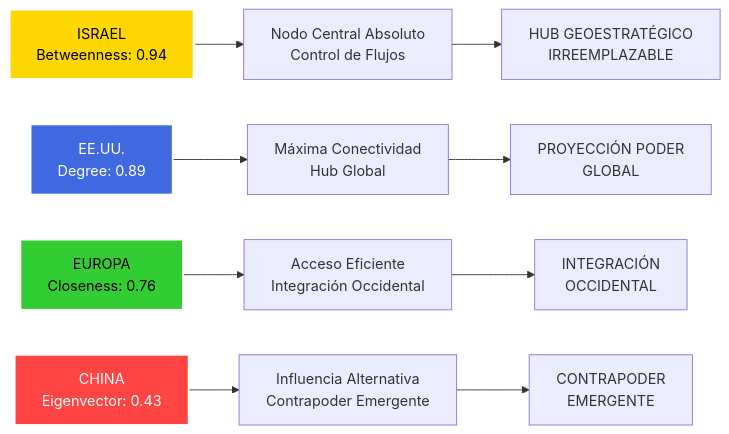
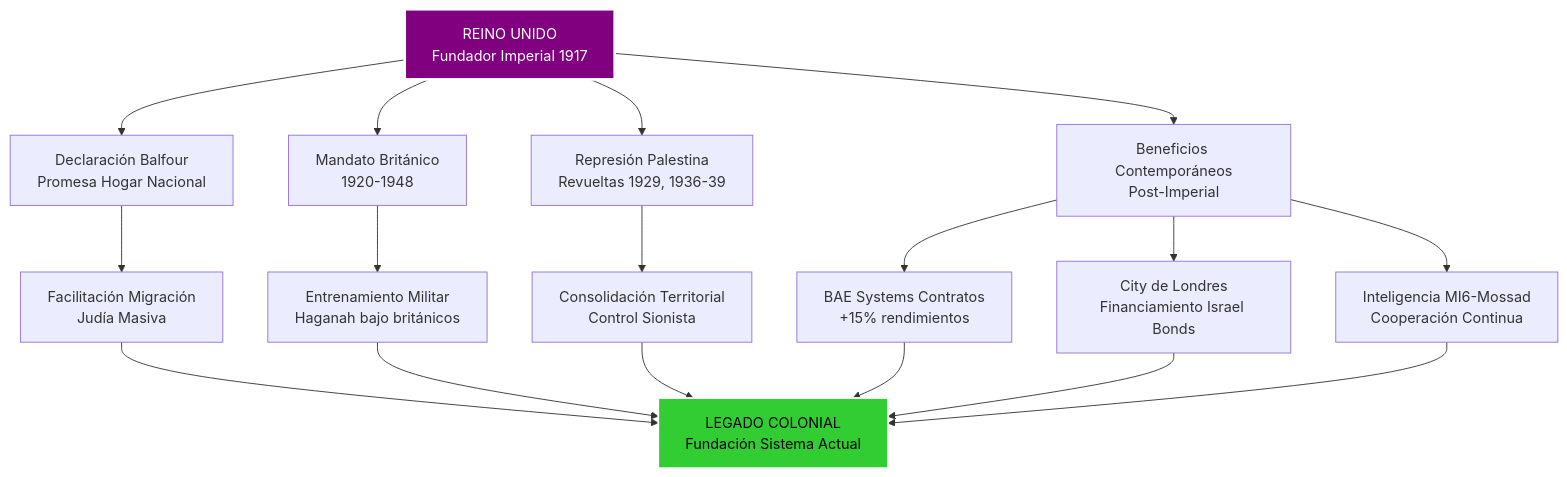
The tenth of 54 diagrams in intel/israel_geopolitical_analysis.md (perpetuocambio/annotations), drawn with Mermaid before and after one commit. The commit also changed other lines of this file, not shown here.

````diff
--- a/intel/israel_geopolitical_analysis.md
+++ b/intel/israel_geopolitical_analysis.md
@@ -486,17 +410,25 @@
 ```mermaid
-flowchart LR
-    A[ISRAEL<br/>Betweenness: 0.94] --> B[Nodo Central Absoluto<br/>Control de Flujos]
-    C[EE.UU.<br/>Degree: 0.89] --> D[Máxima Conectividad<br/>Hub Global]
-    E[EUROPA<br/>Closeness: 0.76] --> F[Acceso Eficiente<br/>Integración Occidental]
-    G[CHINA<br/>Eigenvector: 0.43] --> H[Influencia Alternativa<br/>Contrapoder Emergente]
-
-    B --> I[HUB GEOESTRATÉGICO<br/>IRREEMPLAZABLE]
-    D --> J[PROYECCIÓN PODER<br/>GLOBAL]
-    F --> K[INTEGRACIÓN<br/>OCCIDENTAL]
-    H --> L[CONTRAPODER<br/>EMERGENTE]
-
-    style A fill:#ffd700,stroke:#fff,stroke-width:3px,color:#000
-    style C fill:#4169e1,stroke:#fff,stroke-width:2px,color:#fff
-    style E fill:#32cd32,stroke:#fff,stroke-width:2px,color:#000
-    style G fill:#ff4444,stroke:#fff,stroke-width:2px,color:#fff
+flowchart TD
+    A[REINO UNIDO<br/>Fundador Imperial 1917] --> B[Declaración Balfour<br/>Promesa Hogar Nacional]
+    A --> C[Mandato Británico<br/>1920-1948]
+    A --> D[Represión Palestina<br/>Revueltas 1929, 1936-39]
+    
+    B --> E[Facilitación Migración<br/>Judía Masiva]
+    C --> F[Entrenamiento Militar<br/>Haganah bajo británicos]
+    D --> G[Consolidación Territorial<br/>Control Sionista]
+    
+    A --> H[Beneficios Contemporáneos<br/>Post-Imperial]
+    H --> I[BAE Systems Contratos<br/>+15% rendimientos]
+    H --> J[City de Londres<br/>Financiamiento Israel Bonds]
+    H --> K[Inteligencia MI6-Mossad<br/>Cooperación Continua]
+    
+    E --> L[LEGADO COLONIAL<br/>Fundación Sistema Actual]
+    F --> L
+    G --> L
+    I --> L
+    J --> L
+    K --> L
+    
+    style A fill:#800080,stroke:#fff,stroke-width:3px,color:#fff
+    style L fill:#32cd32,stroke:#fff,stroke-width:2px,color:#000
 ```
````
